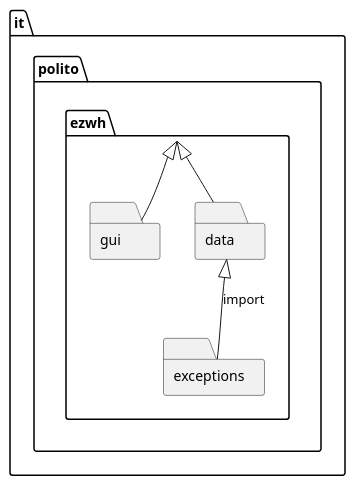
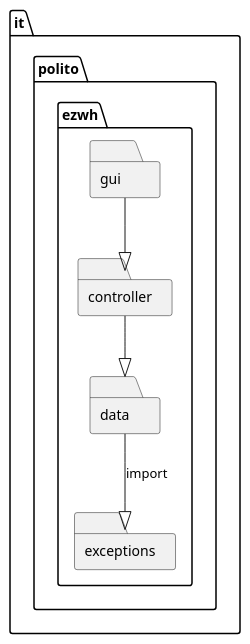
The first of 12 diagrams in DesignDocument.md (giuseppe-dandrea/EzWh), drawn with PlantUML before and after one commit. The commit also changed other lines of this file, not shown here.

Commit message:
Updated high level design

````diff
--- a/DesignDocument.md
+++ b/DesignDocument.md
@@ -22,18 +22,18 @@
 ```plantuml
-package it.polito.ezwh <<Folder>>{
+package it.polito.ezwh.controller <<Folder>>{
 
 }
 package it.polito.ezwh.gui <<Folder>>{
 
 }
 package it.polito.ezwh.data <<Folder>>{
 
 
 }
 package it.polito.ezwh.exceptions <<Folder>>{
 
 }
-it.polito.ezwh <|-- it.polito.ezwh.data
-it.polito.ezwh <|-- it.polito.ezwh.gui
-it.polito.ezwh.data <|-- it.polito.ezwh.exceptions : import
+it.polito.ezwh.gui --|> it.polito.ezwh.controller
+it.polito.ezwh.controller --|> it.polito.ezwh.data
+it.polito.ezwh.data --|> it.polito.ezwh.exceptions : import
 ```
````
